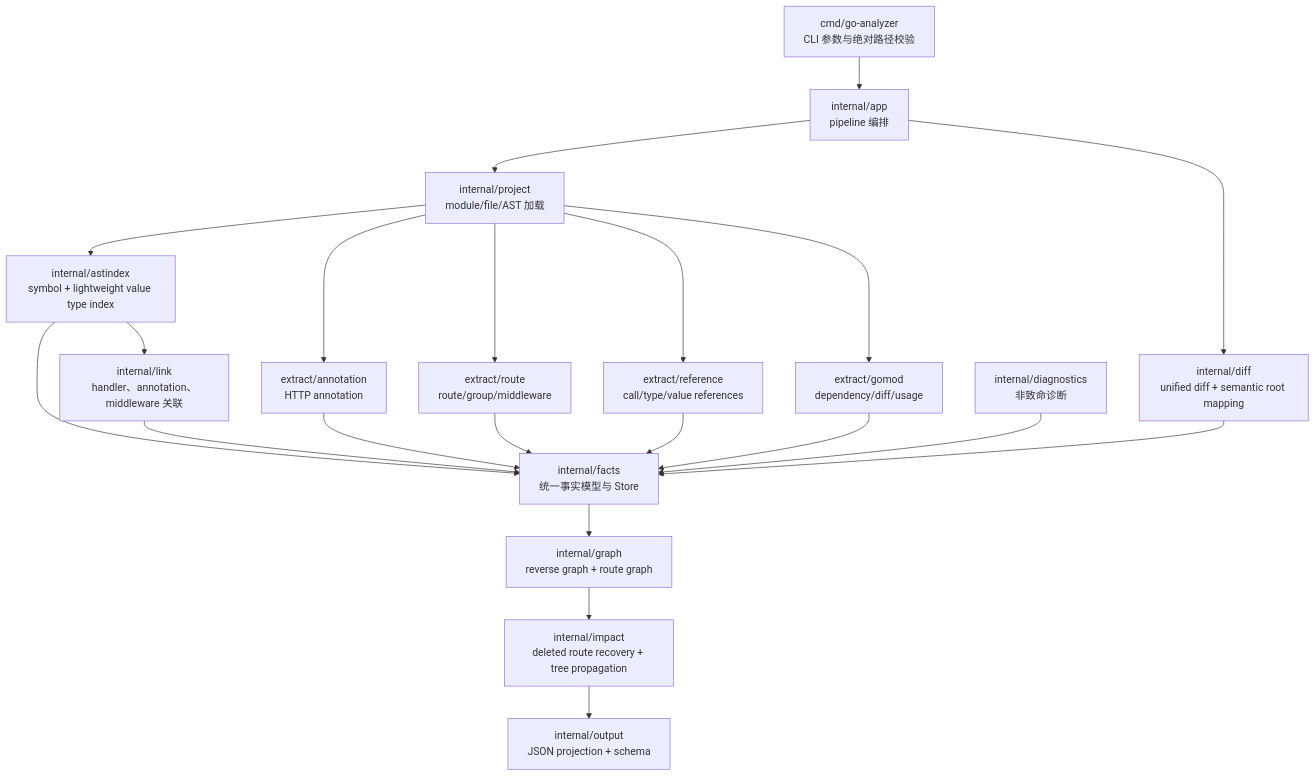
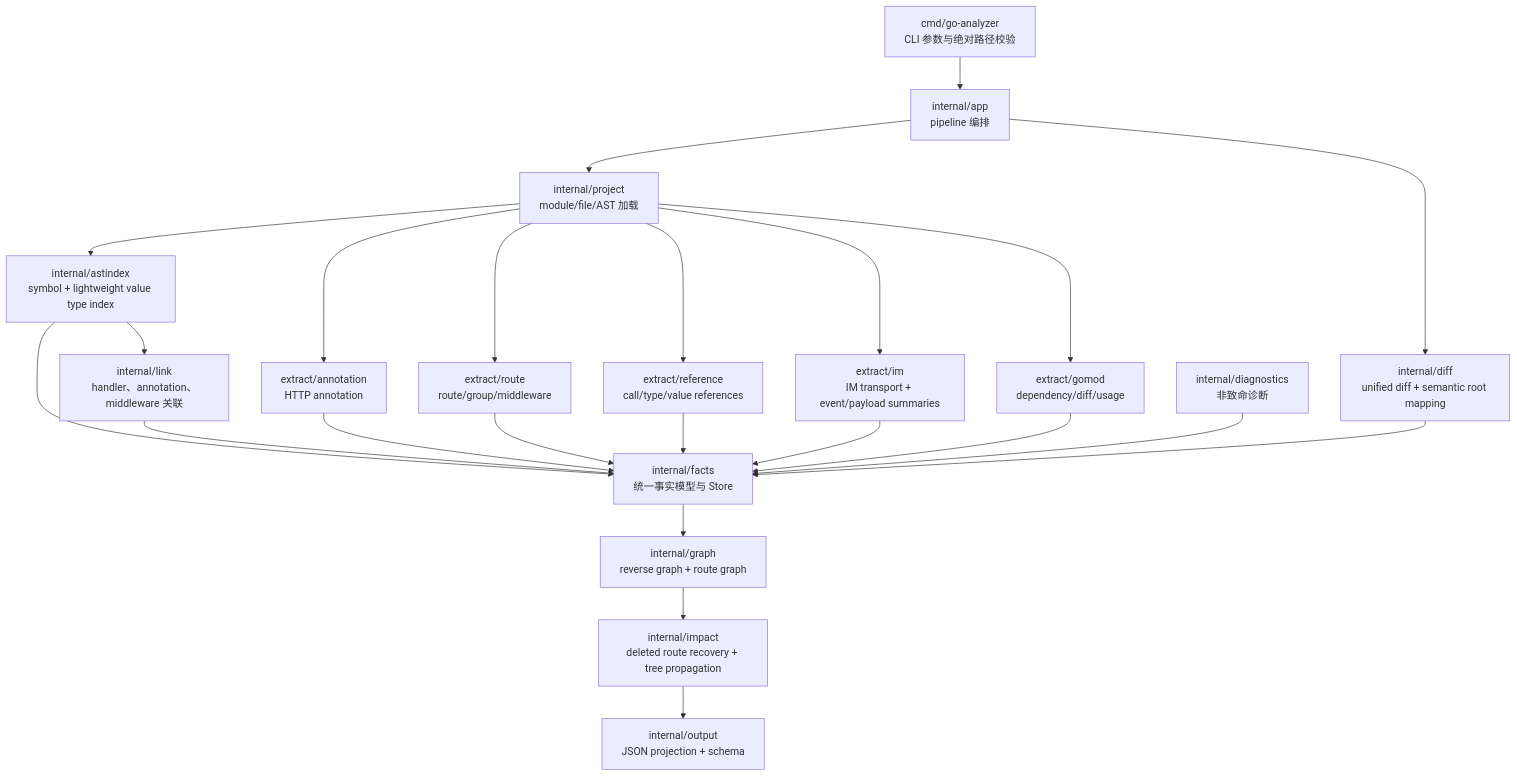
The second of 5 diagrams in ARCHITECTURE.md (Flying-Bird1999/go-analyzer), drawn with Mermaid before and after one commit. The commit also changed other lines of this file and 3 other files, not shown here.

````diff
--- a/ARCHITECTURE.md
+++ b/ARCHITECTURE.md
@@ -111,39 +110,42 @@
 ```mermaid
 flowchart TB
     CLI["cmd/go-analyzer<br/>CLI 参数与绝对路径校验"]
     APP["internal/app<br/>pipeline 编排"]
     PROJECT["internal/project<br/>module/file/AST 加载"]
     INDEX["internal/astindex<br/>symbol + lightweight value type index"]
     FACTS["internal/facts<br/>统一事实模型与 Store"]
     ANNO["extract/annotation<br/>HTTP annotation"]
     ROUTE["extract/route<br/>route/group/middleware"]
     REF["extract/reference<br/>call/type/value references"]
+    IM["extract/im<br/>IM transport + event/payload summaries"]
     GOMOD["extract/gomod<br/>dependency/diff/usage"]
     LINK["internal/link<br/>handler、annotation、middleware 关联"]
     DIFF["internal/diff<br/>unified diff + semantic root mapping"]
     GRAPH["internal/graph<br/>reverse graph + route graph"]
     IMPACT["internal/impact<br/>deleted route recovery + tree propagation"]
     OUTPUT["internal/output<br/>JSON projection + schema"]
     DIAG["internal/diagnostics<br/>非致命诊断"]
 
     CLI --> APP
     APP --> PROJECT
     PROJECT --> INDEX
     INDEX --> FACTS
     PROJECT --> ANNO
     PROJECT --> ROUTE
     PROJECT --> REF
+    PROJECT --> IM
     PROJECT --> GOMOD
     ANNO --> FACTS
     ROUTE --> FACTS
     REF --> FACTS
+    IM --> FACTS
     GOMOD --> FACTS
     INDEX --> LINK
     LINK --> FACTS
     APP --> DIFF
     DIFF --> FACTS
     FACTS --> GRAPH
     GRAPH --> IMPACT
     IMPACT --> OUTPUT
     DIAG --> FACTS
 ```
````
